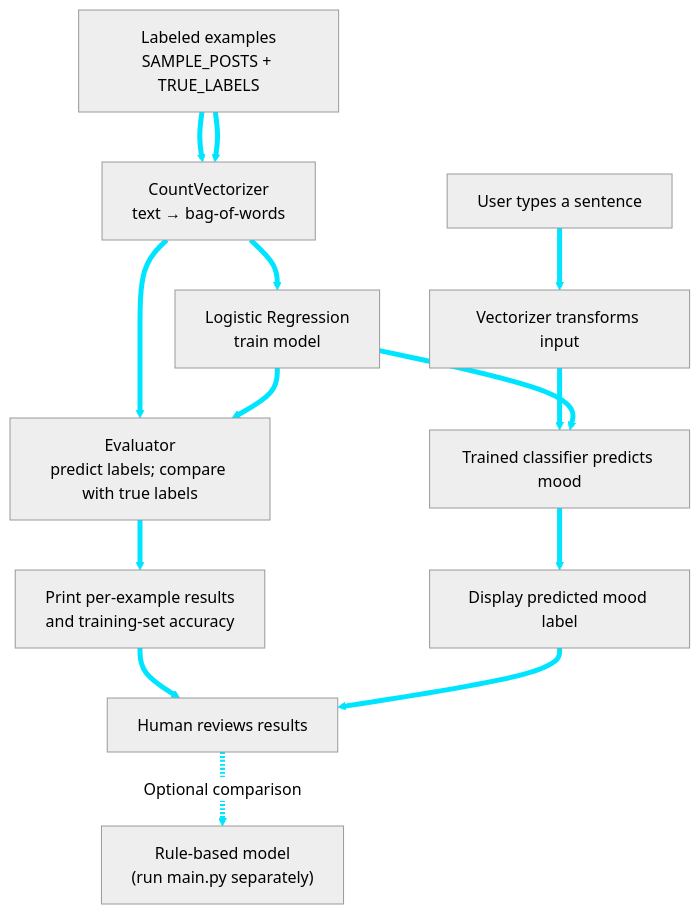
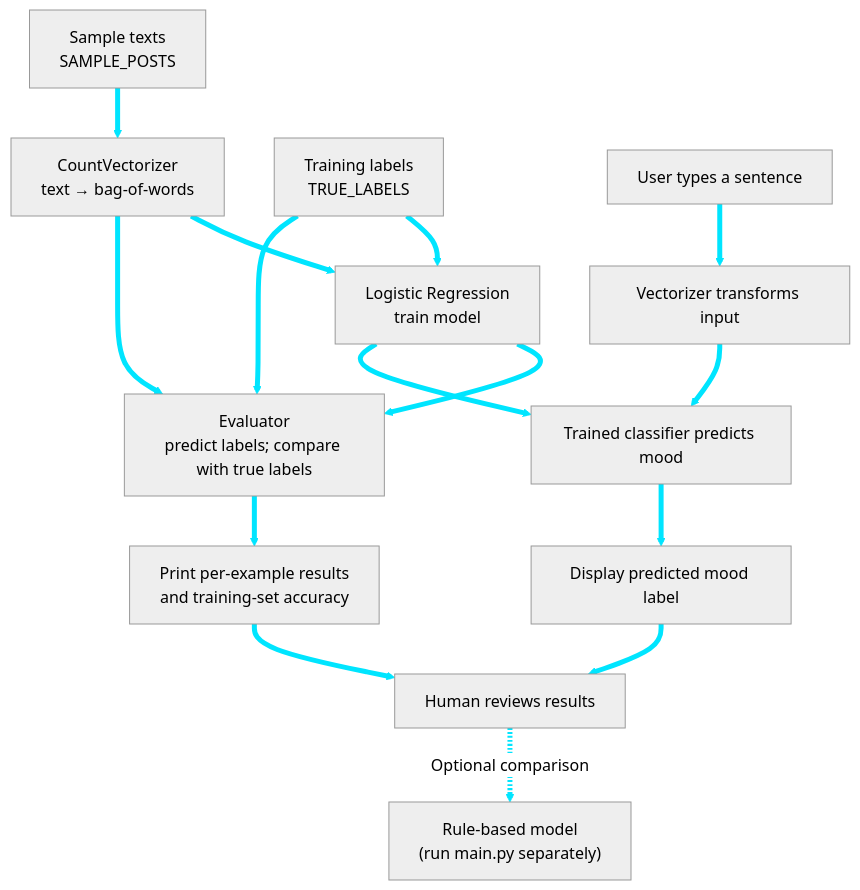
The diagram in diagrams/architecture.mmd (jtoalu/applied-ai-system-project), drawn with Mermaid (neutral theme) before and after one commit.

Commit message:
modify the two arrows coming out from Labeled Examples

```diff
--- a/diagrams/architecture.mmd
+++ b/diagrams/architecture.mmd
@@ -1,18 +1,19 @@
 flowchart TD
-    D["Labeled examples<br/>SAMPLE_POSTS + TRUE_LABELS"] --> V["CountVectorizer<br/>text → bag-of-words"]
-    V --> LR["Logistic Regression<br/>train model"]
-    D --> V
+    D["Sample texts<br/>SAMPLE_POSTS"] --> V["CountVectorizer<br/>text → bag-of-words"]
+    T["Training labels<br/>TRUE_LABELS"] --> LR["Logistic Regression<br/>train model"]
+    V --> LR
     V --> EV["Evaluator<br/>predict labels; compare with true labels"]
     LR --> EV
+    T --> EV
     EV --> MET["Print per-example results<br/>and training-set accuracy"]
     MET --> H["Human reviews results"]
 
     U["User types a sentence"] --> P["Vectorizer transforms input"]
     P --> C["Trained classifier predicts mood"]
     LR --> C
     C --> O["Display predicted mood label"]
     O --> H
 
     H -. "Optional comparison" .-> RB["Rule-based model<br/>(run main.py separately)"]
 
     linkStyle default stroke:#00E5FF,stroke-width:5px
```
